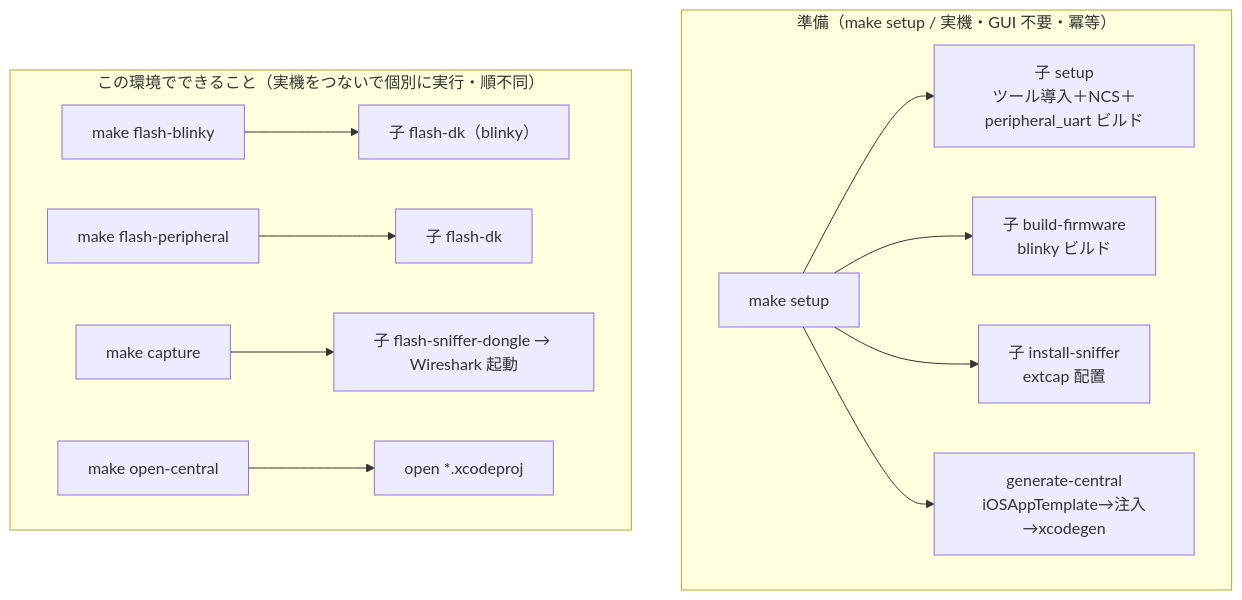
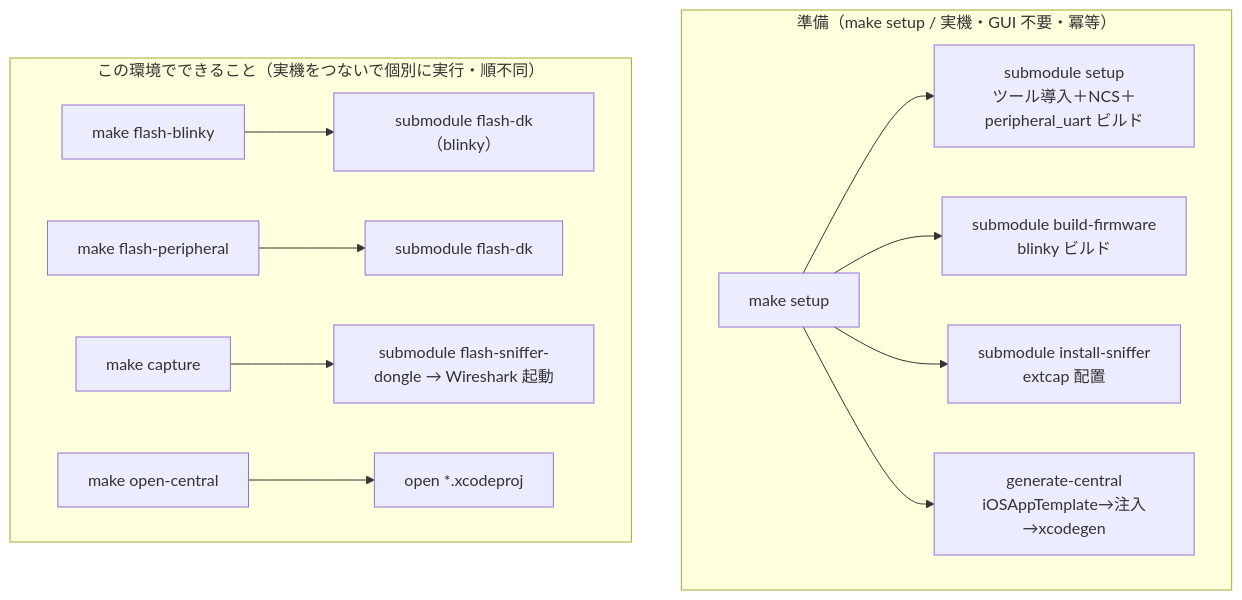
One commit to kokiTakashiki/CoreBluetoothDevelopmentBootstrap changed the fourth of 4 diagrams in docs/DESIGN-001.md. Above: the diagram before and after it, drawn with Mermaid. The commit also changed other lines of this file and 4 other files, not shown here.

````diff
--- a/docs/DESIGN-001.md
+++ b/docs/DESIGN-001.md
@@ -242,17 +242,17 @@
 ```mermaid
 graph TD
     subgraph build["準備（make setup / 実機・GUI 不要・冪等）"]
         setup["make setup"]
-        setup --> s1["子 setup<br/>ツール導入＋NCS＋peripheral_uart ビルド"]
-        setup --> s2["子 build-firmware<br/>blinky ビルド"]
-        setup --> s3["子 install-sniffer<br/>extcap 配置"]
+        setup --> s1["submodule setup<br/>ツール導入＋NCS＋peripheral_uart ビルド"]
+        setup --> s2["submodule build-firmware<br/>blinky ビルド"]
+        setup --> s3["submodule install-sniffer<br/>extcap 配置"]
         setup --> s4["generate-central<br/>iOSAppTemplate→注入→xcodegen"]
     end
 
     subgraph play["この環境でできること（実機をつないで個別に実行・順不同）"]
-        fb["make flash-blinky"] --> p1["子 flash-dk（blinky）"]
-        fp["make flash-peripheral"] --> p2["子 flash-dk"]
-        cap["make capture"] --> p3["子 flash-sniffer-dongle → Wireshark 起動"]
+        fb["make flash-blinky"] --> p1["submodule flash-dk（blinky）"]
+        fp["make flash-peripheral"] --> p2["submodule flash-dk"]
+        cap["make capture"] --> p3["submodule flash-sniffer-dongle → Wireshark 起動"]
         oc["make open-central"] --> p4["open *.xcodeproj"]
     end
 ```
````
